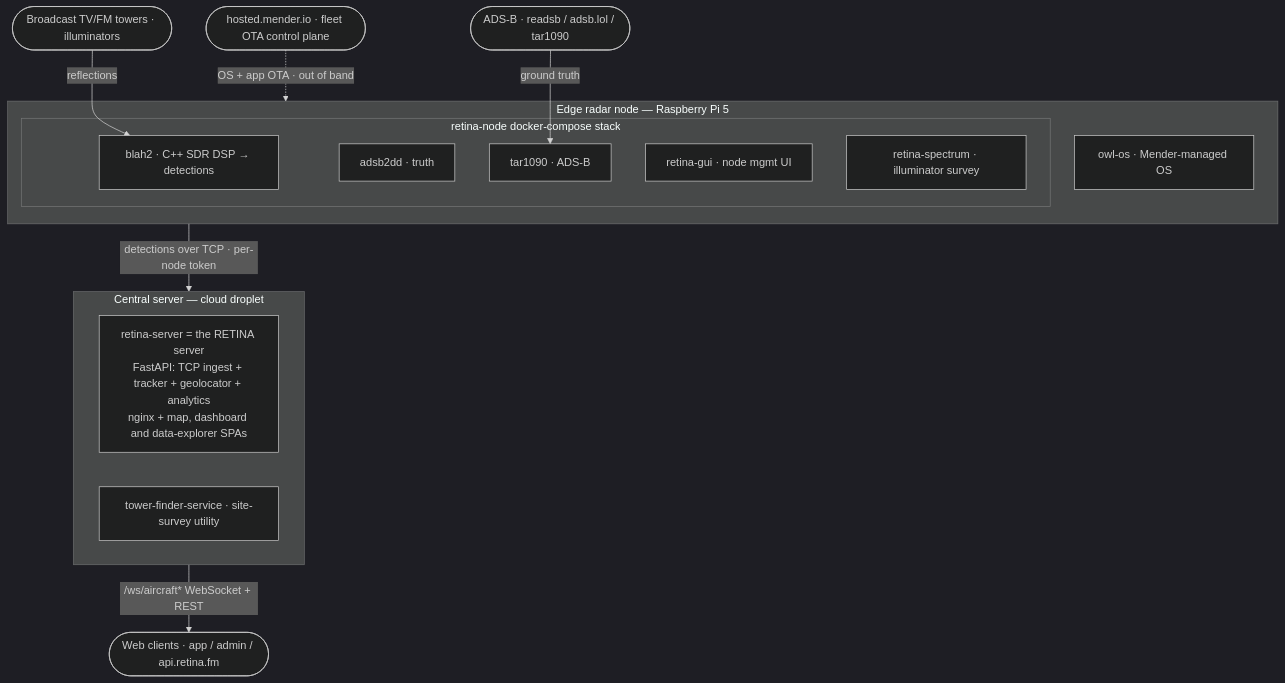
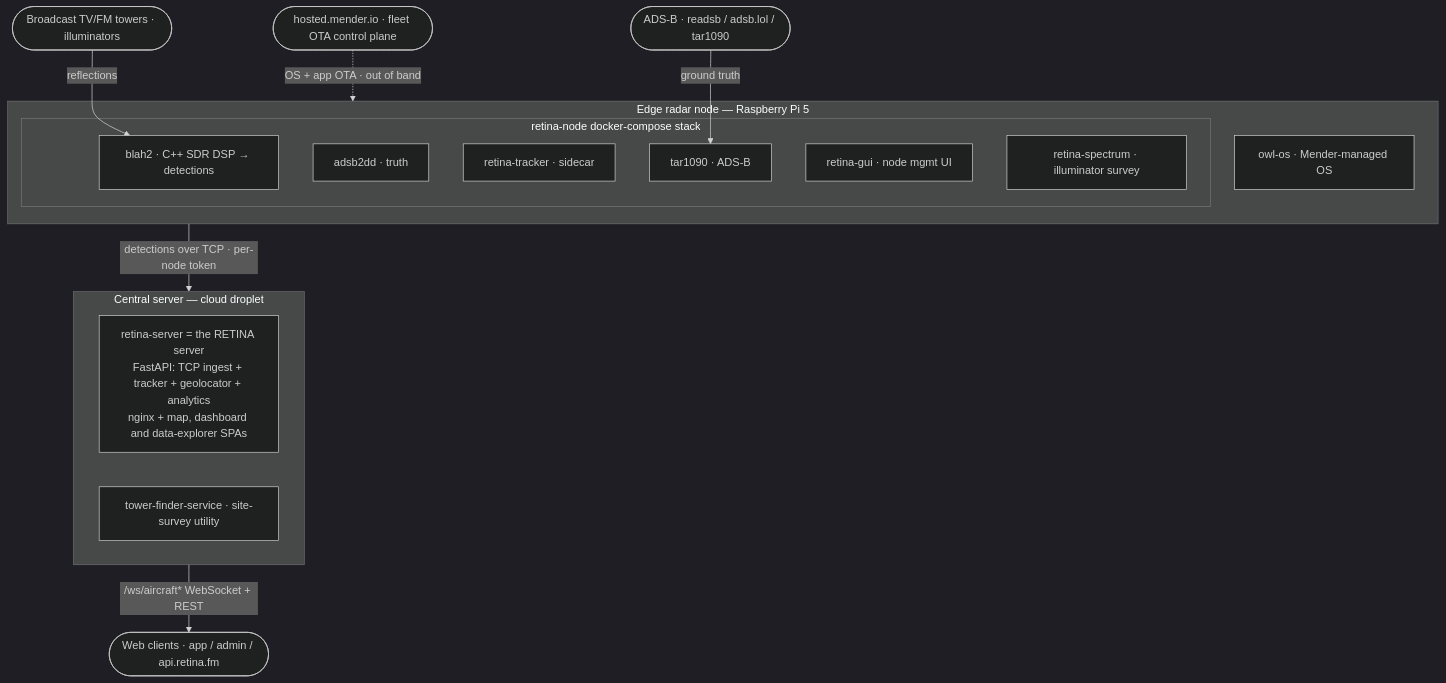
The first of 4 diagrams in docs/architecture.md (offworldlabs/claude-shared), drawn with Mermaid (dark theme) before and after one commit. The commit also changed other lines of this file, not shown here.

First line of the commit message:
Say that retina-tracker also runs on every node (#30)

````diff
--- a/docs/architecture.md
+++ b/docs/architecture.md
@@ -22,30 +22,31 @@
 ```mermaid
 flowchart TB
   illum([Broadcast TV/FM towers · illuminators])
   adsb([ADS-B · readsb / adsb.lol / tar1090])
 
   subgraph node["Edge radar node — Raspberry Pi 5"]
     os[owl-os · Mender-managed OS]
     subgraph stack["retina-node docker-compose stack"]
       blah[blah2 · C++ SDR DSP → detections]
       a2d[adsb2dd · truth]
+      trkn[retina-tracker · sidecar]
       tar[tar1090 · ADS-B]
       gui[retina-gui · node mgmt UI]
       spec[retina-spectrum · illuminator survey]
     end
   end
 
   subgraph central["Central server — cloud droplet"]
     tf["retina-server = the RETINA server<br/>FastAPI: TCP ingest + tracker + geolocator + analytics<br/>nginx + map, dashboard and data-explorer SPAs"]
     tfs[tower-finder-service · site-survey utility]
   end
 
   web([Web clients · app / admin / api.retina.fm])
   mender([hosted.mender.io · fleet OTA control plane])
 
   illum -->|reflections| blah
   adsb -->|ground truth| tar
   node -->|detections over TCP · per-node token| central
   central -->|/ws/aircraft* WebSocket + REST| web
   mender -.->|OS + app OTA · out of band| node
 ```
````
